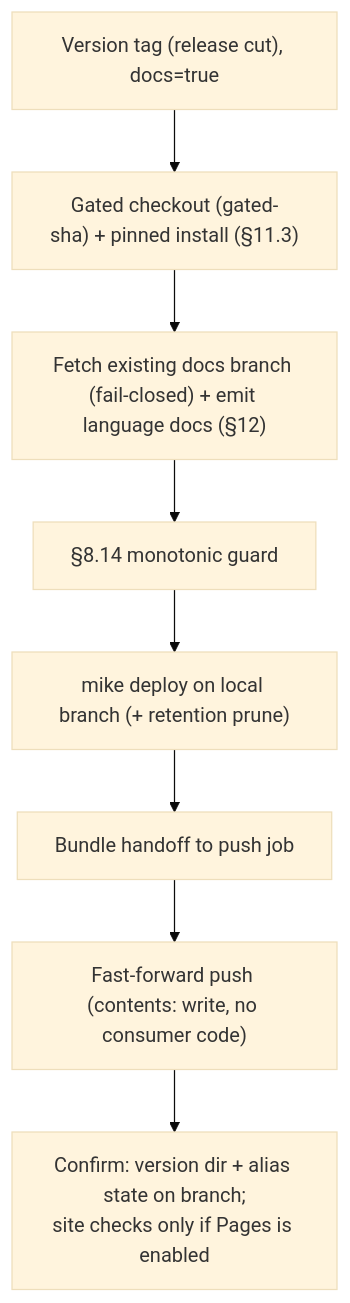
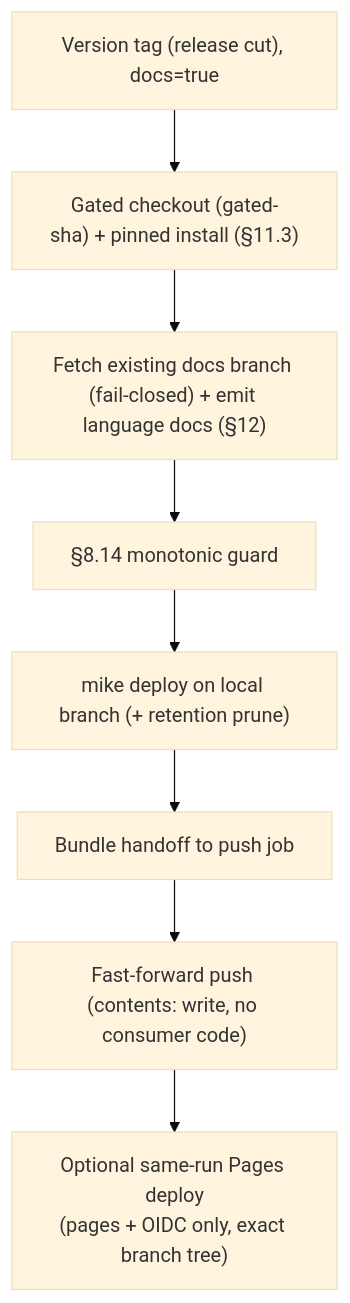
Before and after one commit to amattas/aviato: the diagram in docs/requirements/modules/deployment/docs-site/requirements.md, drawn with Mermaid (base theme). The commit also changed other lines of this file and 29 other files, not shown here.

Commit message:
fix(pages): deploy versioned docs through Pages Actions

````diff
--- a/docs/requirements/modules/deployment/docs-site/requirements.md
+++ b/docs/requirements/modules/deployment/docs-site/requirements.md
@@ -67,10 +71,10 @@
 ```mermaid
 flowchart TD
     A["Version tag (release cut), docs=true"] --> B["Gated checkout (gated-sha) + pinned install (§11.3)"]
     B --> C["Fetch existing docs branch (fail-closed) + emit language docs (§12)"]
     C --> D["§8.14 monotonic guard"]
     D --> E["mike deploy on local branch (+ retention prune)"]
     E --> F["Bundle handoff to push job"]
     F --> G["Fast-forward push (contents: write, no consumer code)"]
-    G --> H["Confirm: version dir + alias state on branch;<br/>site checks only if Pages is enabled"]
+    G --> H["Optional same-run Pages deploy<br/>(pages + OIDC only, exact branch tree)"]
 ```
````
